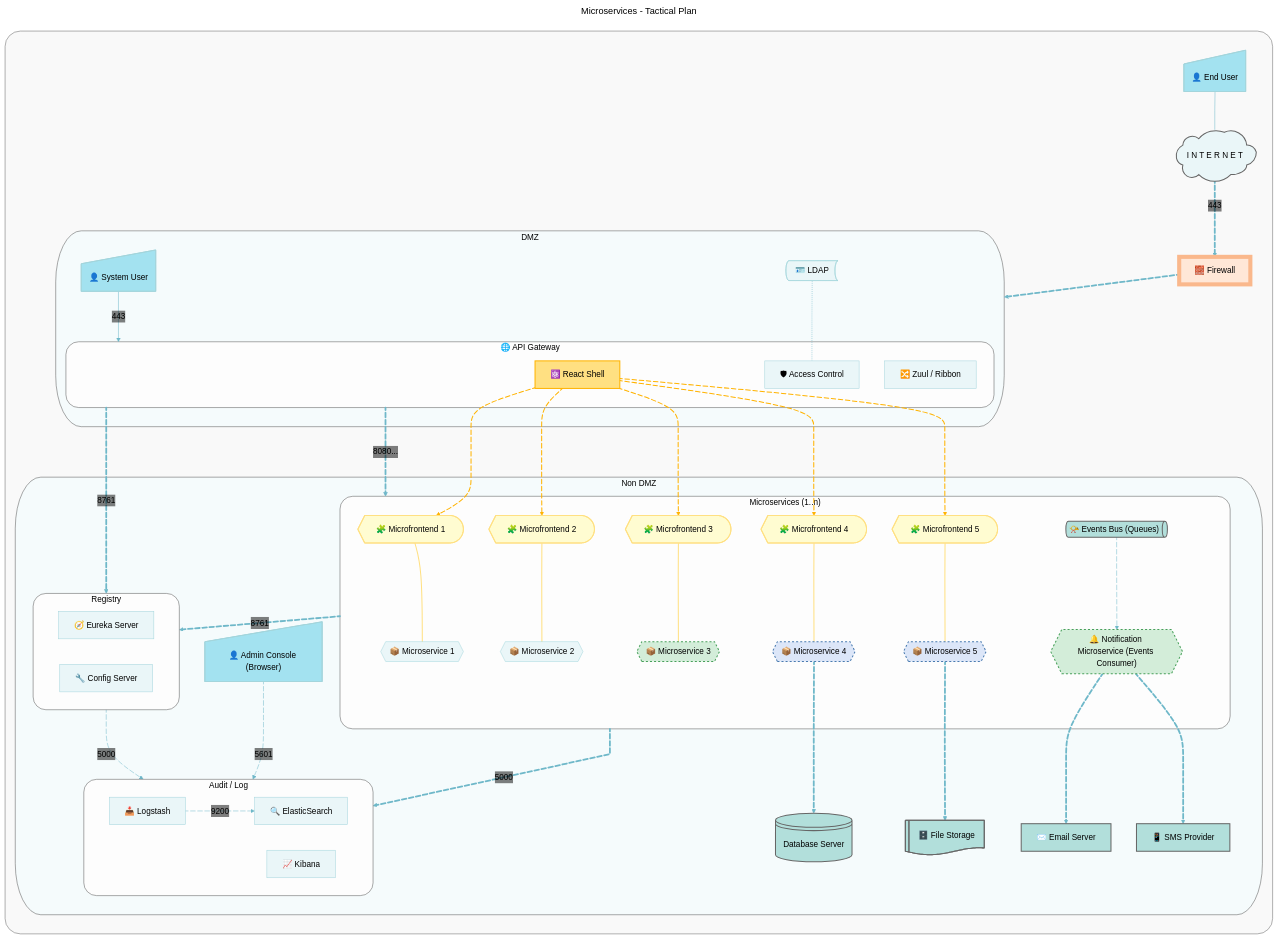
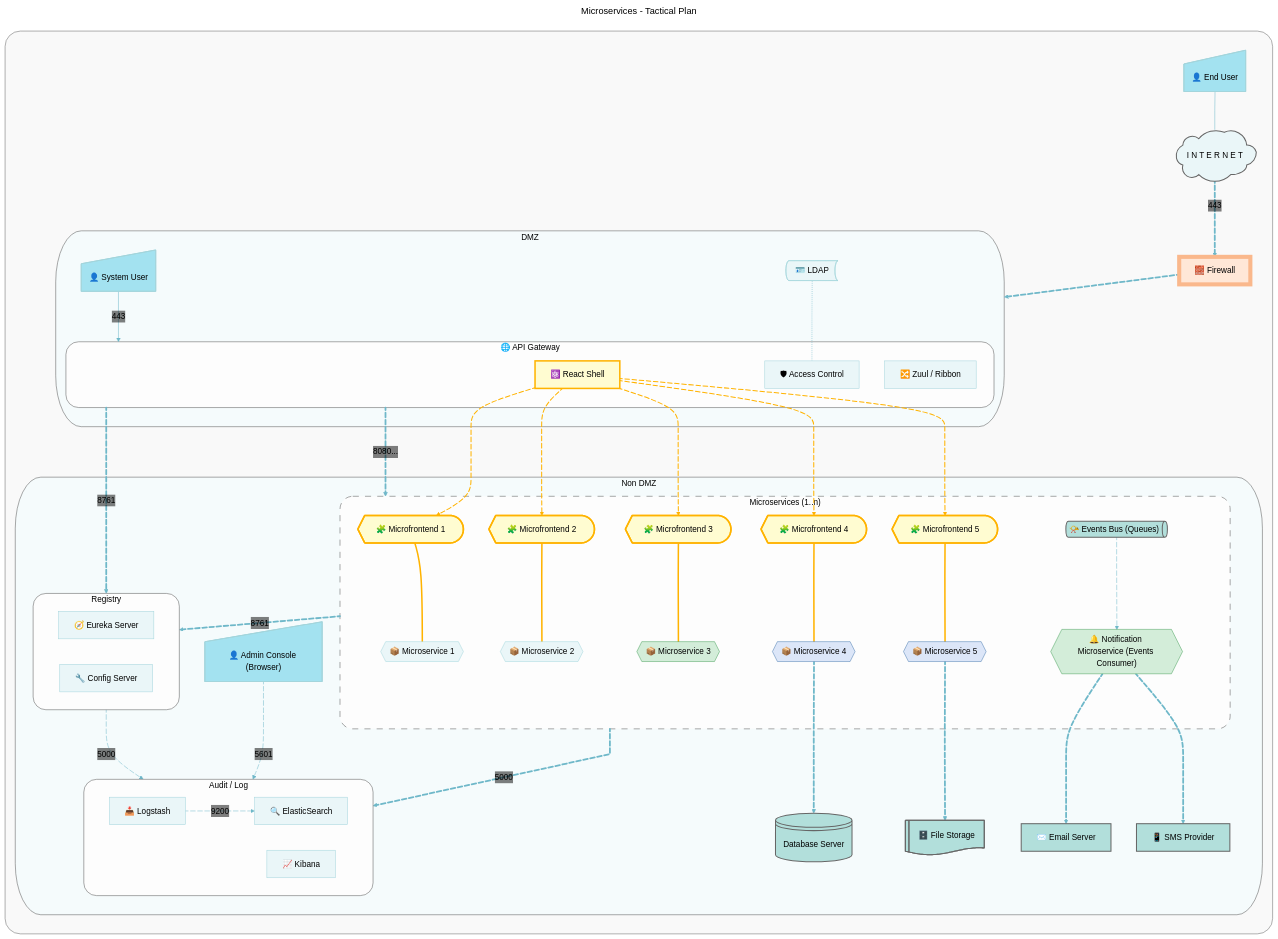
Before and after one commit to govindthange/playbooks: the diagram in mermaid/ddd-templates/microservices.tpl.mmd, drawn with Mermaid. The commit also changed 1 other file, not shown here.

```diff
--- a/mermaid/ddd-templates/microservices.tpl.mmd
+++ b/mermaid/ddd-templates/microservices.tpl.mmd
@@ -36,7 +36,7 @@
         systemUser@{ shape: sl-rect, label: "👤 System User" }
         ldap@{ shape: bow-rect, label: "🪪 LDAP" }
         
-        subgraph subApiGateway [🌐 API Gateway]
+        subgraph apiGatewayContainer [🌐 API Gateway]
             srvReactShell@{ shape: rect, label: "⚛️ React Shell" }
             srvZuul@{ shape: rect, label: "🔀 Zuul / Ribbon" }
             srvAccessControl@{ shape: rect, label: "🛡 Access Control" }
@@ -44,44 +44,44 @@
     end
 
     subgraph subNonDmz [Non DMZ]
-        subgraph subRegistry [Registry]
+        subgraph registryContainer [Registry]
             direction LR
             srvEureka@{ shape: rect, label: "🧭 Eureka Server" }
             srvConfig@{ shape: rect, label: "🔧 Config Server" }
         end
 
-        subgraph subMicroservices ["Microservices (1..n)"]
+        subgraph microservicesContainer ["Microservices (1..n)"]
             mfeService1@{ shape: curv-trap, label: "🧩 Microfrontend 1" }
-            srvService1@{ shape: hex, label: "📦 Microservice 1" }
-            mfeService1 --- srvService1
+            msService1@{ shape: hex, label: "📦 Microservice 1" }
+            mfeService1 mfeEdgeMfeService1@--- msService1
             
             mfeService2@{ shape: curv-trap, label: "🧩 Microfrontend 2" }
-            srvService2@{ shape: hex, label: "📦 Microservice 2" }
-            mfeService2 --- srvService2
+            msService2@{ shape: hex, label: "📦 Microservice 2" }
+            mfeService2 mfeEdgeMfeService2@--- msService2
             
             mfeService4@{ shape: curv-trap, label: "🧩 Microfrontend 4" }
-            srvService4@{ shape: hex, label: "📦 Microservice 4" }
-            mfeService4 --- srvService4
+            msService4@{ shape: hex, label: "📦 Microservice 4" }
+            mfeService4 mfeEdgeMfeService4@--- msService4
             
             mfeService3@{ shape: curv-trap, label: "🧩 Microfrontend 3" }
-            srvService3@{ shape: hex, label: "📦 Microservice 3" }
-            mfeService3 --- srvService3
+            msService3@{ shape: hex, label: "📦 Microservice 3" }
+            mfeService3 mfeEdgeMfeService3@--- msService3
             
             mfeService5@{ shape: curv-trap, label: "🧩 Microfrontend 5" }
-            srvService5@{ shape: hex, label: "📦 Microservice 5" }
-            mfeService5 --- srvService5
+            msService5@{ shape: hex, label: "📦 Microservice 5" }
+            mfeService5 mfeEdgeMfeService5@--- msService5
             
-            srvNotification@{ shape: hex, label: "🔔 Notification Microservice (Events Consumer)" }
+            msNotifier@{ shape: hex, label: "🔔 Notification Microservice (Events Consumer)" }
             eventsBus@{ shape: h-cyl, label: "📯 Events Bus (Queues)" }
         end
         
-        databaseStorage@{ shape: lin-cyl, label: "Database Server" }
+        database@{ shape: lin-cyl, label: "Database Server" }
         fileStorage@{ shape: lin-doc, label: "🗄️ File Storage" }
     
         smsProvider@{ shape: rect, label: "📱 SMS Provider" }
         emailServer@{ shape: rect, label: "✉️ Email Server" }
 
-        subgraph subAudit [Audit / Log]
+        subgraph auditContainer [Audit / Log]
             logElastic@{ shape: rect, label: "🔍 ElasticSearch" }
             logLogstash@{ shape: rect, label: "📥 Logstash" }
             logKibana@{ shape: rect, label: "📈 Kibana" }
@@ -90,7 +90,7 @@
         adminUser@{ shape: sl-rect, label: "👤 Admin Console (Browser)" }
     end
 
-    %% Keep firewall over subApiGateway
+    %% Keep firewall over apiGatewayContainer
     %% firewall ~~~ subDmz
 
     %% Individual animated and styled React Shell connections
@@ -108,13 +108,6 @@
 
     srvReactShell edgeUi5@-.-> mfeService5
     edgeUi5@{ curve: basis, animate: true, animation: fast }
-    
-    %% Apply stroke color and width to all 5 branch indices (0 through 4)
-    linkStyle 0,1,2,3,4 stroke:#ffb300, stroke-width:2px;
-    
-    %% Style this specific link index with your custom color
-    linkStyle 5,6,7,8,9 stroke:#ffb300, stroke-width:2px;
-    linkStyle 0,1,2,3,4 stroke:#ffe082, stroke-width:2px;
 
     endUser edgeWeb@--- internet
     edgeWeb@{ curve: linear }
@@ -128,74 +121,76 @@
     ldap edgeLdap@-.- srvAccessControl
     edgeLdap@{ curve: linear }
 
-    systemUser edgeSysUser@-->|443| subApiGateway
+    systemUser edgeSysUser@-->|443| apiGatewayContainer
     edgeSysUser@{ curve: linear }
     
-    subApiGateway edgeMicro@==>|8080...| subMicroservices
+    apiGatewayContainer edgeMicro@==>|8080...| microservicesContainer
     edgeMicro@{ curve: linear, animate: true, animation: fast }
 
-    subApiGateway edgeRegistry@==>|8761| subRegistry
+    apiGatewayContainer edgeRegistry@==>|8761| registryContainer
     edgeRegistry@{ curve: linear, animate: true, animation: fast }
 
-    srvService4 edgeDb1@==> databaseStorage
+    msService4 edgeDb1@==> database
     edgeDb1@{ curve: linear, animate: true, animation: fast }
 
-    srvService5 edgeDb2@==> fileStorage
+    msService5 edgeDb2@==> fileStorage
     edgeDb2@{ curve: linear, animate: true, animation: fast }
 
-    subMicroservices edgeAudit@==>|5000| subAudit
+    microservicesContainer edgeAudit@==>|5000| auditContainer
     edgeAudit@{ curve: linear, animate: true, animation: fast }
 
     logLogstash edgeLog@--> |9200| logElastic
     edgeLog@{ curve: linear, animate: true, animation: fast }
 
-    adminUser edgeAdmin@-.->|5601| subAudit
+    adminUser edgeAdmin@-.->|5601| auditContainer
     edgeAdmin@{ curve: basis, animate: true, animation: fast }
 
-    subRegistry edgeConfig@-.->|5000| subAudit
+    registryContainer edgeConfig@-.->|5000| auditContainer
     edgeConfig@{ curve: basis, animate: true, animation: fast }
 
-    subMicroservices edgeEureka@==>|8761| subRegistry
+    microservicesContainer edgeEureka@==>|8761| registryContainer
     edgeEureka@{ curve: linear, animate: true, animation: fast }
 
     %% Notification / External Integrations matching reference layout
-    %% subMicroservices edgeNotification@==> eventsBus
+    %% microservicesContainer edgeNotification@==> eventsBus
     %% edgeNotification@{ curve: linear, animate: true, animation: fast }
 
-    %% eventsBus edgeEventsBusAll@<-.- srvService1 & srvService2 & srvService3 & srvService4 & srvService5
+    %% eventsBus edgeEventsBusAll@<-.- msService1 & msService2 & msService3 & msService4 & msService5
     %% edgeEventsBusAll@{ curve: linear, stroke: "#ffb300" }
 
-    eventsBus edgeEventsBus@--> srvNotification
+    eventsBus edgeEventsBus@--> msNotifier
     edgeEventsBus@{ curve: linear, animate: true, animation: fast }
 
-    srvNotification edgeEmailNotify@==> emailServer
+    msNotifier edgeEmailNotify@==> emailServer
     edgeEmailNotify@{ curve: basis, animate: true, animation: fast }
 
-    srvNotification edgeSmsNotify@==> smsProvider
+    msNotifier edgeSmsNotify@==> smsProvider
     edgeSmsNotify@{ curve: basis, animate: true, animation: fast }
   end
 
 %% Node Styling (Blue dashed ellipses for Top/Bottom, Green dashed for Middle)
-classDef subContainerClass stroke:#555,rx:50,ry:100;
-classDef subInnerContainerClass fill:#fdfdfd,stroke:#555,rx:25,ry:25;
-classDef coreDomainContextClass fill:#dce6f8,stroke:#4a7bb0,stroke-dasharray: 4 4,stroke-width:2px;
-classDef supportingDomainContextClass fill:#d3edd9,stroke:#48a05b,stroke-dasharray: 4 4,stroke-width:2px;
-classDef uiClass fill:#FFFCD1,stroke:#ffe082,stroke-width:2px,color:#000000;
-classDef edgeAnimationClass stroke:#ffb300,stroke-width:2px,stroke-dasharray:9\,5,stroke-dashoffset:900,animation:dash 25s linear infinite;
-classDef userClass fill:#A3E2F0,stroke:#a3d5dc,stroke-width:2px,color:#000000;
+classDef zoneClass fill:#f5fbfc,stroke:#555,rx:50,ry:100;
+classDef containerClass fill:#fdfdfd,stroke:#555,rx:25,ry:25;
+classDef coreMicroserviceClass fill:#dce6f8,stroke:#4a7bb0,stroke-width:1px;
+classDef supportingMicroserviceClass fill:#d3edd9,stroke:#48a05b,stroke-width:1px;
+classDef microfrontendClass fill:#FFFCD1,stroke:#ffb300,stroke-width:3px,color:#000000;
+classDef microfrontedEdgeClass stroke:#ffb300,stroke-width:3px;
 classDef systemClass fill:#b2dfdb,stroke:#666666,stroke-width:2px;
+classDef systemUserClass fill:#A3E2F0,stroke:#a3d5dc,stroke-width:2px,color:#000000;
 
-class subDmz,subNonDmz subContainerClass;
-class subApiGateway,subMicroservices,subRegistry,subAudit subInnerContainerClass;
-class srvService4,srvService5 coreDomainContextClass;
-class srvNotification,srvService3 supportingDomainContextClass;    
-class mfeService1,mfeService1,mfeService2,mfeService3,mfeService4,mfeService5 uiClass;
-class edgeMfe3 edgeAnimationClass;
-class endUser,systemUser,adminUser userClass;
-class databaseStorage,fileStorage,emailServer,smsProvider,eventsBus systemClass;
+class subDmz,subNonDmz zoneClass;
+class apiGatewayContainer,microservicesContainer,registryContainer,auditContainer containerClass;
+class msService4,msService5 coreMicroserviceClass;
+class msNotifier,msService3 supportingMicroserviceClass;
+class mfeService1,mfeService1,mfeService2,mfeService3,mfeService4,mfeService5 microfrontendClass;
+class mfeEdgeMfeService1,mfeEdgeMfeService2,mfeEdgeMfeService3,mfeEdgeMfeService4,mfeEdgeMfeService5 microfrontedEdgeClass;
+class database,fileStorage,emailServer,smsProvider,eventsBus systemClass;
+class endUser,systemUser,adminUser systemUserClass;
 
 %% Adhoc styling
 style subMainContainer fill:#f9f9f9,stroke:#666666,stroke-width:1px,rx:30px,ry:30px;
-style srvReactShell fill:#ffe082,stroke:#ffb300,stroke-width:2px;
+style srvReactShell fill:#FFFCD1,stroke:#ffb300,stroke-width:3px;
+linkStyle 5,6,7,8,9 stroke:#ffb300, stroke-width:2px;
 style firewall fill:#ffe7d7,stroke:#fab88c,stroke-width:8px;
 style internet stroke:#666666,stroke-width:2px;
+style microservicesContainer stroke-dasharray:12;
```
